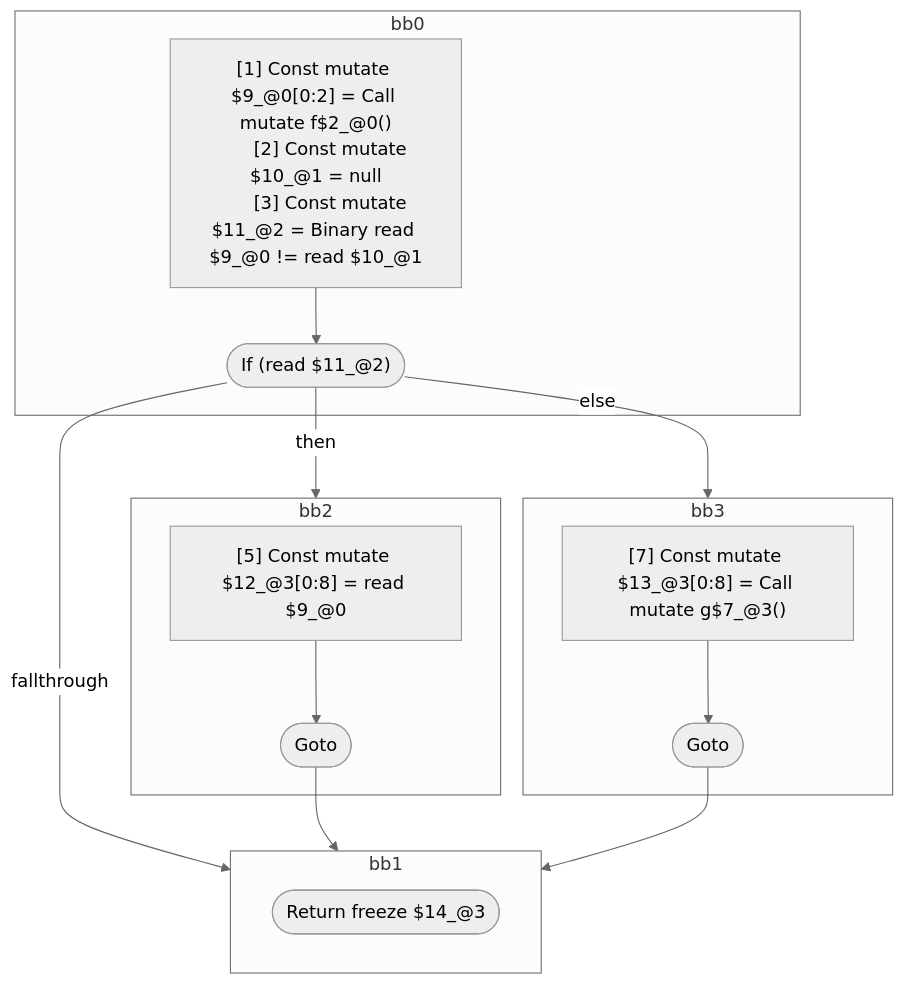
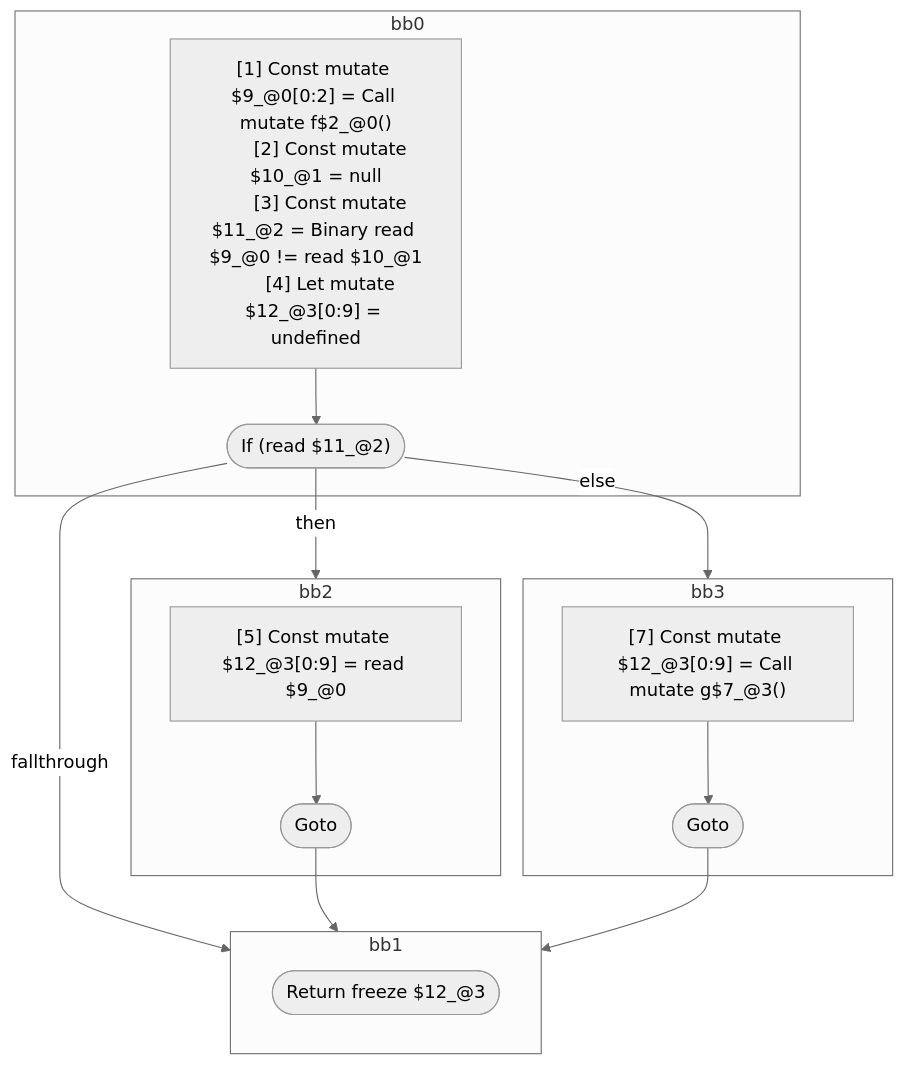
The third of 5 diagrams in compiler/forget/src/__tests__/fixtures/hir/logical-expression.expect.md (wutsmog/private), drawn with Mermaid (neutral theme) before and after one commit. The commit also changed other lines of this file and 61 other files, not shown here.

````diff
--- a/compiler/forget/src/__tests__/fixtures/hir/logical-expression.expect.md
+++ b/compiler/forget/src/__tests__/fixtures/hir/logical-expression.expect.md
@@ -185,35 +187,36 @@
 ```mermaid
 flowchart TB
   %% Basic Blocks
   subgraph bb0
     bb0_instrs["
       [1] Const mutate $9_@0[0:2] = Call mutate f$2_@0()
       [2] Const mutate $10_@1 = null
       [3] Const mutate $11_@2 = Binary read $9_@0 != read $10_@1
+      [4] Let mutate $12_@3[0:9] = undefined
     "]
     bb0_instrs --> bb0_terminal(["If (read $11_@2)"])
   end
   subgraph bb2
     bb2_instrs["
-      [5] Const mutate $12_@3[0:8] = read $9_@0
+      [5] Const mutate $12_@3[0:9] = read $9_@0
     "]
     bb2_instrs --> bb2_terminal(["Goto"])
   end
   subgraph bb3
     bb3_instrs["
-      [7] Const mutate $13_@3[0:8] = Call mutate g$7_@3()
+      [7] Const mutate $12_@3[0:9] = Call mutate g$7_@3()
     "]
     bb3_instrs --> bb3_terminal(["Goto"])
   end
   subgraph bb1
-    bb1_terminal(["Return freeze $14_@3"])
+    bb1_terminal(["Return freeze $12_@3"])
   end
 
   %% Jumps
   bb0_terminal -- "then" --> bb2
   bb0_terminal -- "else" --> bb3
   bb0_terminal -- "fallthrough" --> bb1
   bb2_terminal --> bb1
   bb3_terminal --> bb1
 
 ```
````
